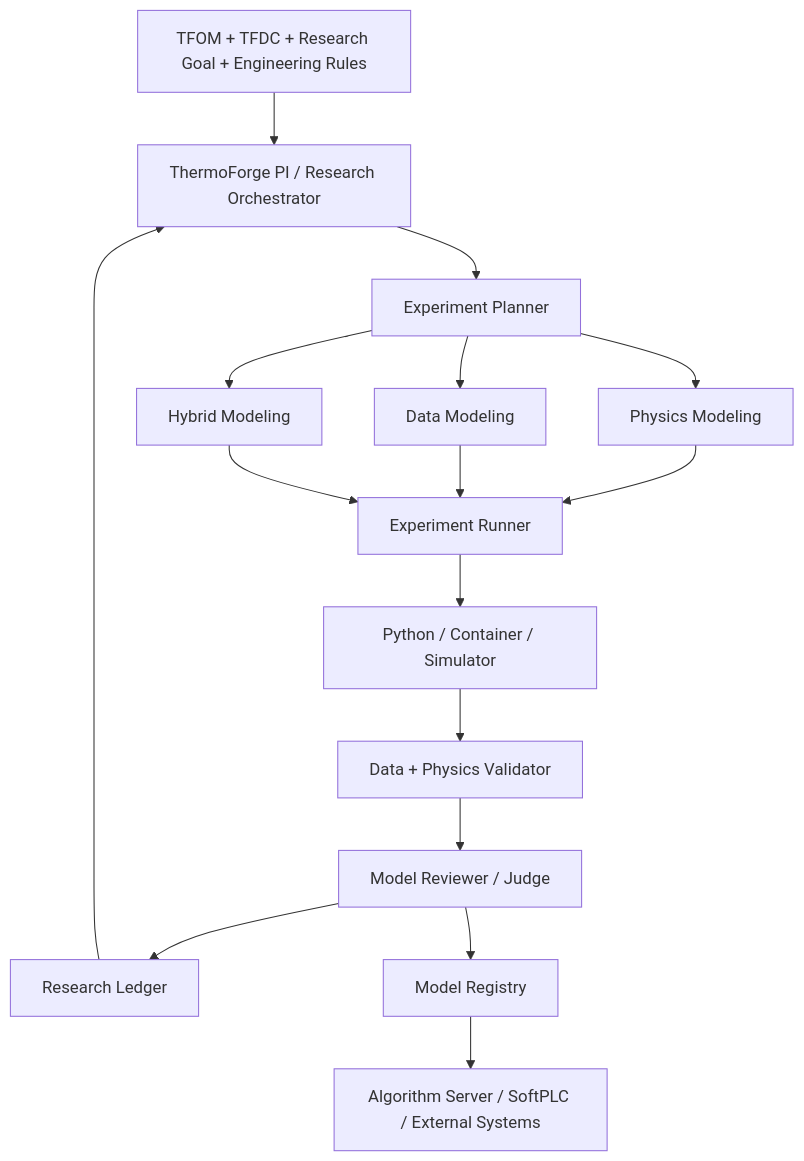
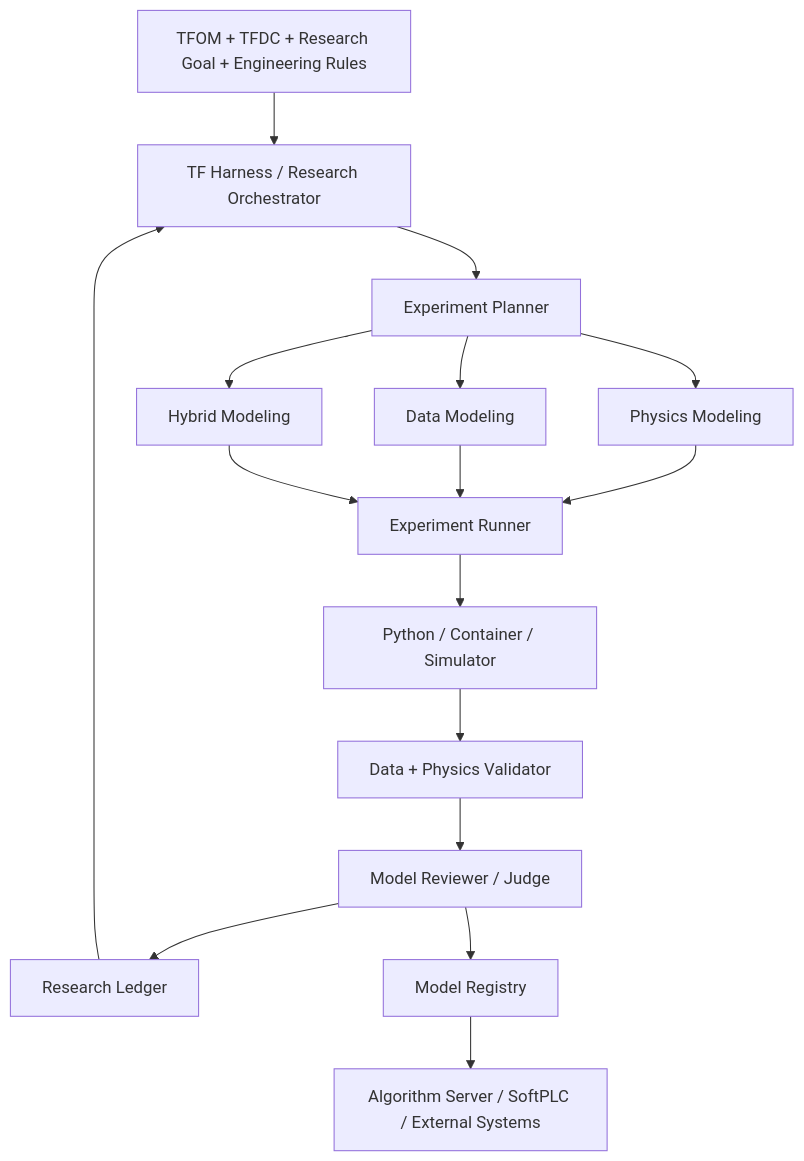
The diagram in docs/architecture.md (66-zhimeng/ThermoForge), drawn with Mermaid before and after one commit. The commit also changed other lines of this file and 33 other files, not shown here.

````diff
--- a/docs/architecture.md
+++ b/docs/architecture.md
@@ -22,18 +22,18 @@
 ```mermaid
 flowchart TD
-    Input["TFOM + TFDC + Research Goal + Engineering Rules"] --> PI["ThermoForge PI / Research Orchestrator"]
-    PI --> Planner["Experiment Planner"]
+    Input["TFOM + TFDC + Research Goal + Engineering Rules"] --> HARNESS["TF Harness / Research Orchestrator"]
+    HARNESS --> Planner["Experiment Planner"]
     Planner --> Physics["Physics Modeling"]
     Planner --> Data["Data Modeling"]
     Planner --> Hybrid["Hybrid Modeling"]
     Physics --> Runner["Experiment Runner"]
     Data --> Runner
     Hybrid --> Runner
     Runner --> Compute["Python / Container / Simulator"]
     Compute --> Validator["Data + Physics Validator"]
     Validator --> Judge["Model Reviewer / Judge"]
     Judge --> Ledger["Research Ledger"]
-    Ledger --> PI
+    Ledger --> HARNESS
     Judge --> Registry["Model Registry"]
     Registry --> Runtime["Algorithm Server / SoftPLC / External Systems"]
 ```
````
